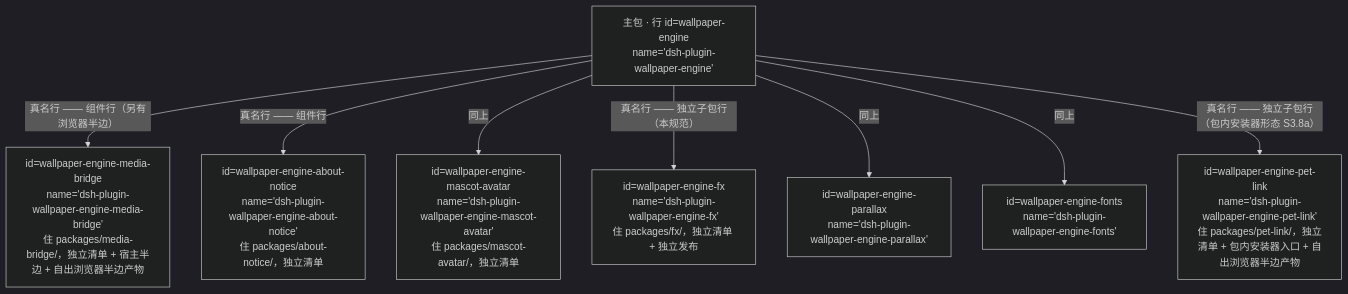
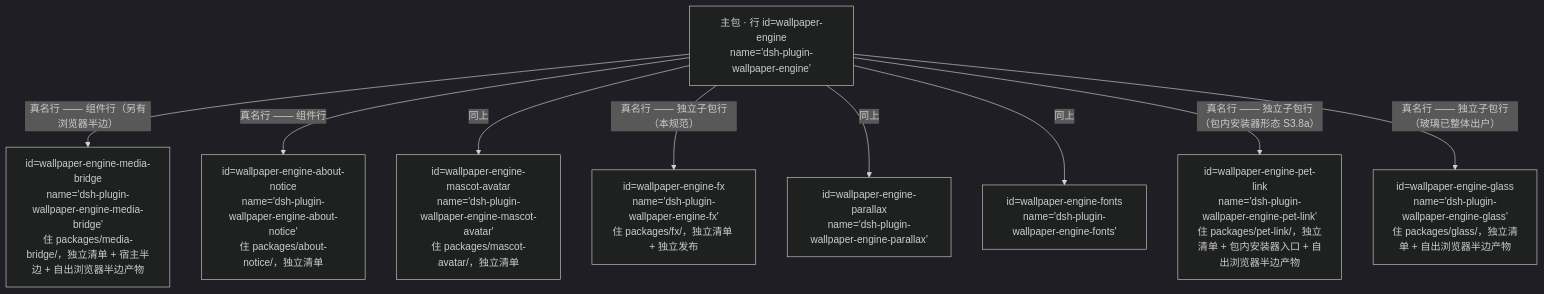
Before and after one commit to CREAMSOU/dsh-wallpaper-engine: the first of 3 diagrams in docs/SUBPACKAGE-GRAPH.md, drawn with Mermaid (dark theme). The commit also changed other lines of this file and 29 other files, not shown here.

````diff
--- a/docs/SUBPACKAGE-GRAPH.md
+++ b/docs/SUBPACKAGE-GRAPH.md
@@ -27,11 +27,12 @@
 ```mermaid
 graph TD
   MAIN["主包 · 行 id=wallpaper-engine<br/>name='dsh-plugin-wallpaper-engine'"]
   MAIN -->|"真名行 —— 组件行（另有浏览器半边）"| C3["id=wallpaper-engine-media-bridge<br/>name='dsh-plugin-wallpaper-engine-media-bridge'<br/>住 packages/media-bridge/，独立清单 + 宿主半边 + 自出浏览器半边产物"]
   MAIN -->|"真名行 —— 组件行"| C1["id=wallpaper-engine-about-notice<br/>name='dsh-plugin-wallpaper-engine-about-notice'<br/>住 packages/about-notice/，独立清单"]
   MAIN -->|"同上"| C2["id=wallpaper-engine-mascot-avatar<br/>name='dsh-plugin-wallpaper-engine-mascot-avatar'<br/>住 packages/mascot-avatar/，独立清单"]
   MAIN -->|"真名行 —— 独立子包行（本规范）"| S1["id=wallpaper-engine-fx<br/>name='dsh-plugin-wallpaper-engine-fx'<br/>住 packages/fx/，独立清单 + 独立发布"]
   MAIN -->|"同上"| S2["id=wallpaper-engine-parallax<br/>name='dsh-plugin-wallpaper-engine-parallax'"]
   MAIN -->|"同上"| S3["id=wallpaper-engine-fonts<br/>name='dsh-plugin-wallpaper-engine-fonts'"]
   MAIN -->|"真名行 —— 独立子包行（包内安装器形态 S3.8a）"| S4["id=wallpaper-engine-pet-link<br/>name='dsh-plugin-wallpaper-engine-pet-link'<br/>住 packages/pet-link/，独立清单 + 包内安装器入口 + 自出浏览器半边产物"]
+  MAIN -->|"真名行 —— 独立子包行（玻璃已整体出户）"| S5["id=wallpaper-engine-glass<br/>name='dsh-plugin-wallpaper-engine-glass'<br/>住 packages/glass/，独立清单 + 自出浏览器半边产物"]
 ```
````
